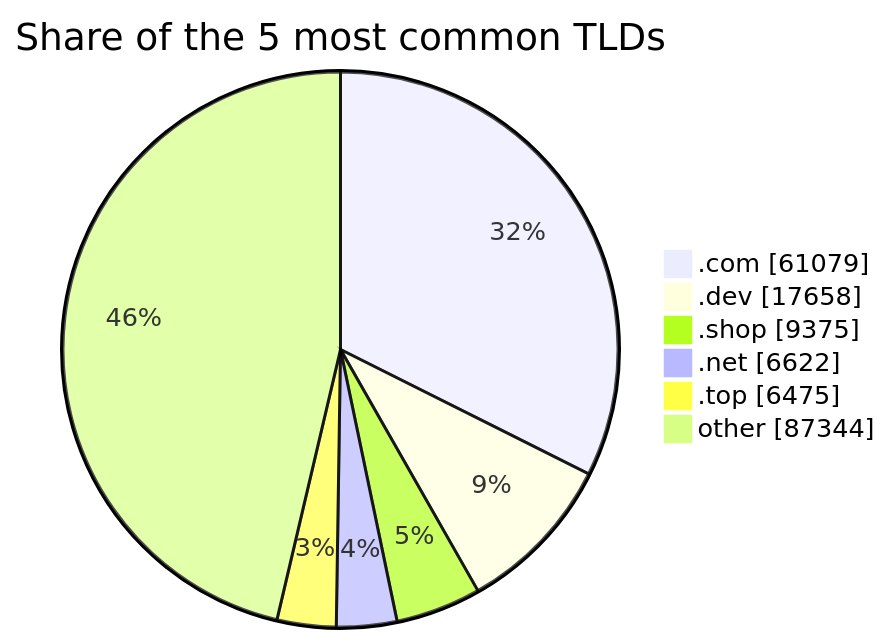
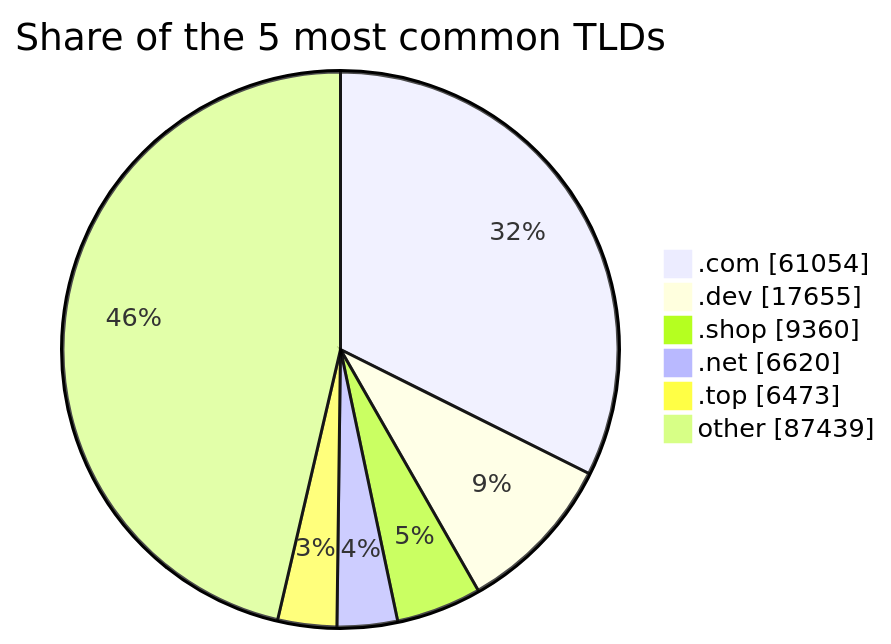
One commit to DNSBunker/CTI changed the third of 3 diagrams in README.md. Above: the diagram before and after it, drawn with Mermaid. The commit also changed other lines of this file and 3 other files, not shown here.

````diff
--- a/README.md
+++ b/README.md
@@ -81,9 +81,9 @@
 ```mermaid
 pie showData title Share of the 5 most common TLDs
-    ".com" : 61079
-    ".dev" : 17658
-    ".shop" : 9375
-    ".net" : 6622
-    ".top" : 6475
-    "other" : 87344
+    ".com" : 61054
+    ".dev" : 17655
+    ".shop" : 9360
+    ".net" : 6620
+    ".top" : 6473
+    "other" : 87439
 ```
````
